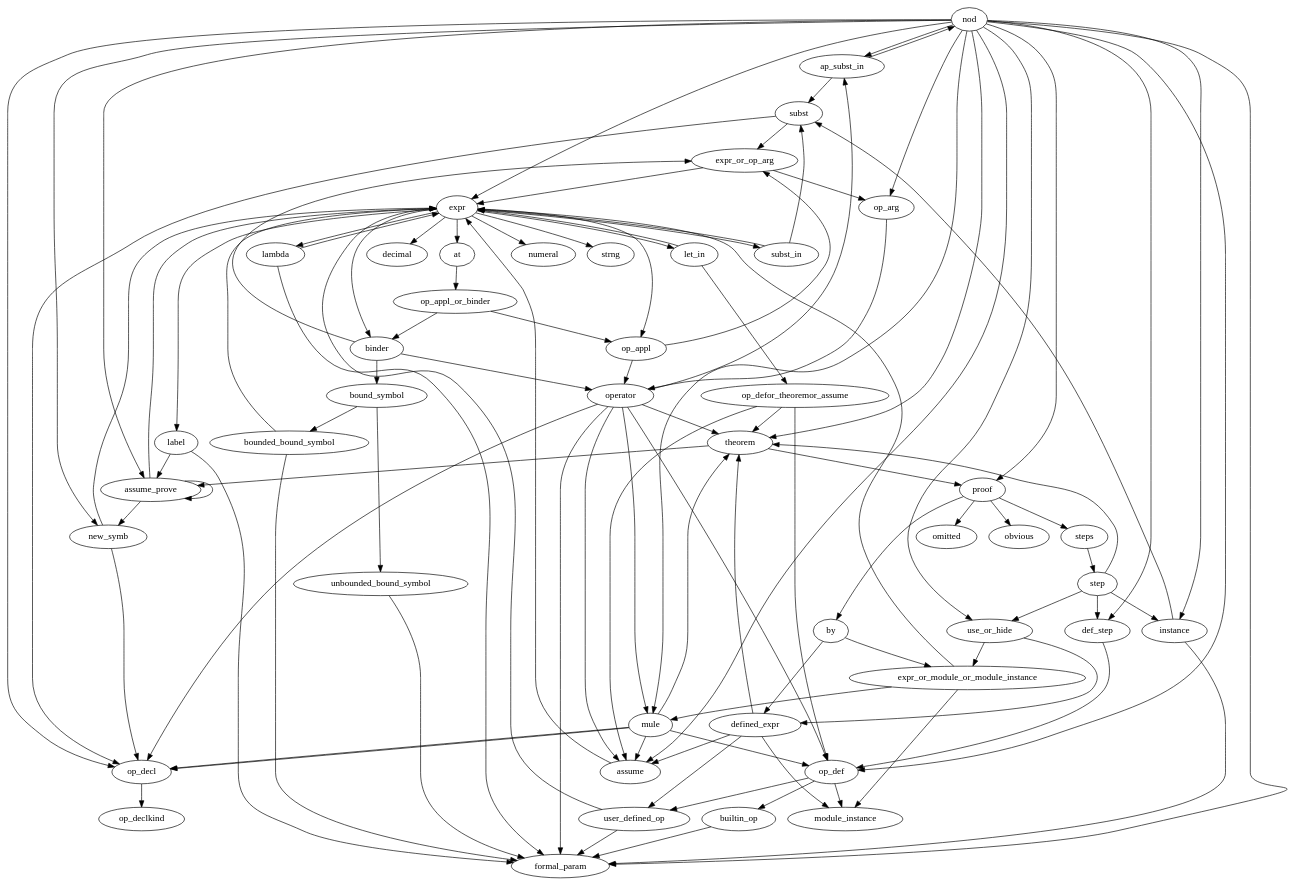
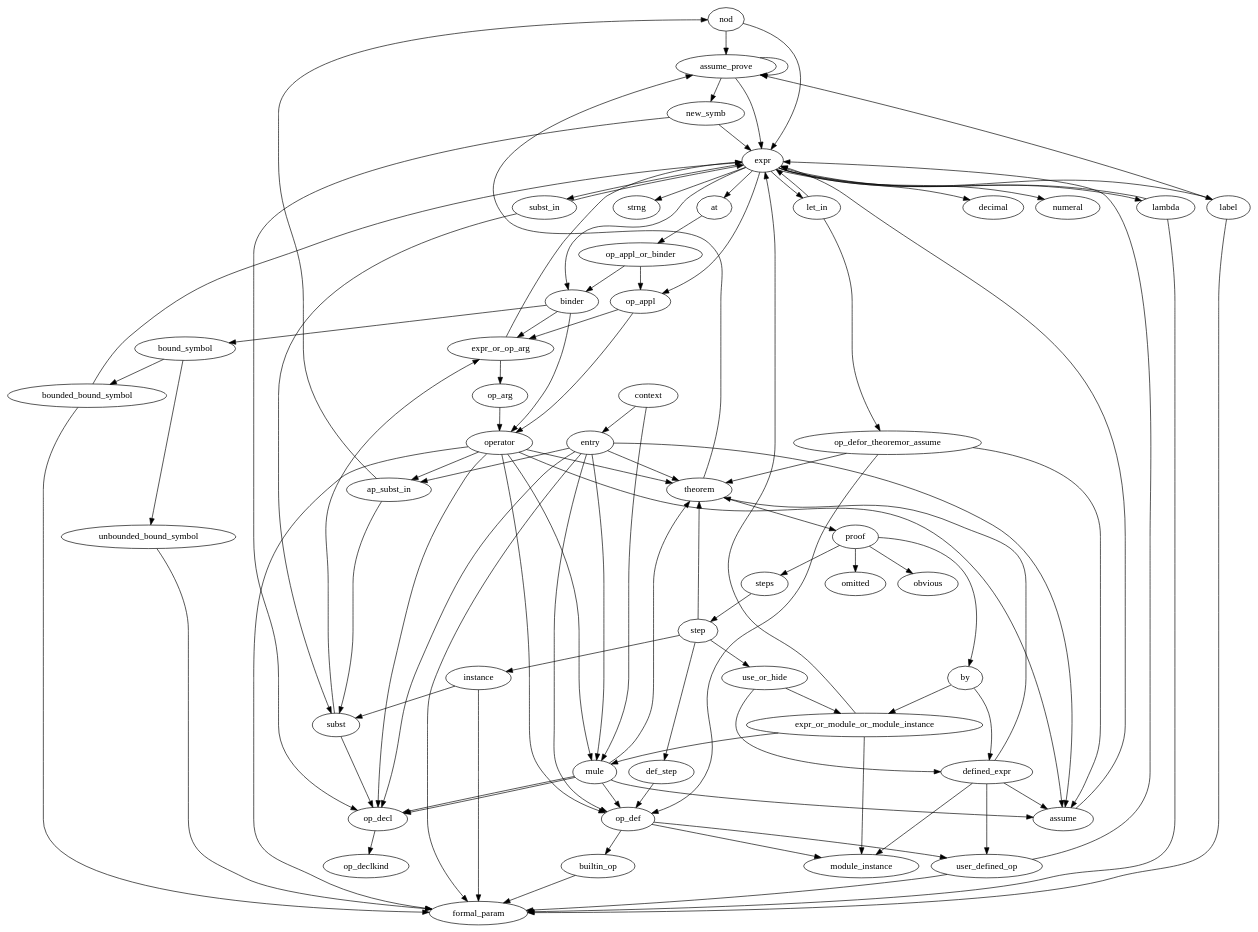
The diagram in docs/type_inclusion_hierarchy.dot (johnyf/v2-tlapm), drawn with Graphviz before and after one commit. The commit also changed 5 other files, not shown here.

Commit message:
changes to some tla examples, the datastructure graph and the oasis configuration

```diff
--- a/docs/type_inclusion_hierarchy.dot
+++ b/docs/type_inclusion_hierarchy.dot
@@ -1,180 +1,167 @@
 digraph typedeps {
 
-nod -> ap_subst_in;
 nod -> assume_prove;
-nod -> def_step;
 nod -> expr;
-nod -> op_arg;
-nod -> instance;
-nod -> new_symb;
-nod -> proof;
-nod -> formal_param;
-nod -> mule;
-nod -> op_decl;
-nod -> op_def;
-nod -> assume;
-nod -> theorem;
-nod -> use_or_hide;
+//nod -> ap_subst_in;
+//nod -> def_step;
+//nod -> op_arg;
+//nod -> instance;
+//nod -> new_symb;
+//nod -> proof;
+//nod -> formal_param;
+//nod -> mule;
+//nod -> op_decl;
+//nod -> op_def;
+//nod -> assume;
+//nod -> theorem;
+//nod -> use_or_hide;
 
 expr -> at;
 expr -> decimal;
 expr -> label;
 expr -> let_in;
 expr -> numeral;
 expr -> op_appl;
 expr -> strng;
 expr -> subst_in;
 expr -> binder;
 expr -> lambda;
 
 expr_or_op_arg -> expr;
 expr_or_op_arg -> op_arg;
 
 ap_subst_in -> subst;
 ap_subst_in -> nod;
 
 subst_in -> subst;
 subst_in -> expr;
 
 
 instance -> subst;
 instance -> formal_param;
 
 subst -> op_decl;
 subst -> expr_or_op_arg;
 
 assume -> expr;
 
 
 theorem ->  assume_prove;
 theorem ->  proof;
 
 
 assume_prove -> new_symb ;
 assume_prove -> assume_prove;
 assume_prove -> expr;
 
 
 new_symb ->  op_decl;
 new_symb ->  expr;
 
 op_def -> module_instance;
 op_def -> user_defined_op;
 op_def -> builtin_op;
 
-
-
-
-
 user_defined_op -> expr;
 user_defined_op -> formal_param;
-
-
 
 lambda -> expr;
 lambda -> formal_param;
 
-
-
-builtin_op -> formal_param
+builtin_op -> formal_param;
 
 op_arg -> operator;
-
-
-
-
-
 
 op_decl -> op_declkind;
 
 proof -> omitted;
 proof -> obvious;
 proof -> by;
 proof -> steps;
 
 expr_or_module_or_module_instance -> expr;
 expr_or_module_or_module_instance -> mule;
 expr_or_module_or_module_instance -> module_instance;
 
 defined_expr -> user_defined_op;
 defined_expr -> module_instance;
 defined_expr -> theorem;
 defined_expr -> assume;
 
 by -> expr_or_module_or_module_instance;
 by -> defined_expr;
 
 
 steps -> step;
 
 step -> def_step;
 step -> use_or_hide;
 step -> instance;
 step -> theorem;
 
 def_step -> op_def;
 
 use_or_hide -> expr_or_module_or_module_instance;
 use_or_hide -> defined_expr;
 
 
 op_appl_or_binder -> op_appl;
 op_appl_or_binder -> binder;
 
 at -> op_appl_or_binder;
 
 
 
 label -> assume_prove;
 label -> formal_param;
 
 op_defor_theoremor_assume -> op_def;
 op_defor_theoremor_assume -> theorem;
 op_defor_theoremor_assume -> assume;
 
 let_in -> expr;
 let_in -> op_defor_theoremor_assume;
 
 operator -> formal_param;
 operator -> mule;
 operator -> op_decl;
 operator -> op_def;
 operator -> theorem;
 operator -> assume;
 operator -> ap_subst_in;
 
 op_appl -> operator;
 op_appl -> expr_or_op_arg;
 
 binder -> operator;
 binder -> expr_or_op_arg;
 binder -> bound_symbol;
 
 bound_symbol -> unbounded_bound_symbol;
 bound_symbol -> bounded_bound_symbol;
 
 unbounded_bound_symbol -> formal_param;
 bounded_bound_symbol -> formal_param;
 bounded_bound_symbol -> expr;
 
 
 
 mule -> op_decl ;
 mule -> op_decl ;
 mule -> op_def  ;
 mule -> assume  ;
 mule -> theorem  ;
 
-//entry -> formal_param ;
-//entry -> mule ;
-//entry -> op_decl ;
-//entry -> op_def ;
-//entry -> theorem ;
-//entry -> assume ;
-//entry -> ap_subst_in;
+entry -> formal_param ;
+entry -> mule ;
+entry -> op_decl ;
+entry -> op_def ;
+entry -> theorem ;
+entry -> assume ;
+entry -> ap_subst_in;
 
 
-//context -> entry;
-//context -> mule;
+context -> entry;
+context -> mule;
 
 }
```
